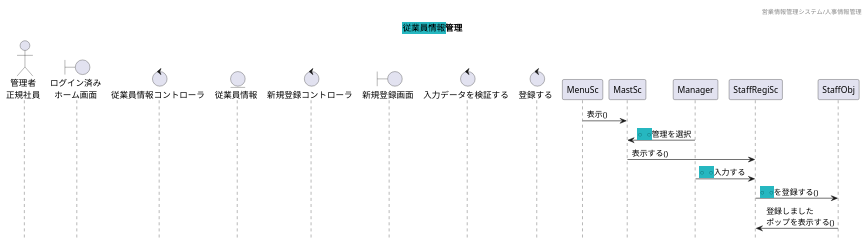
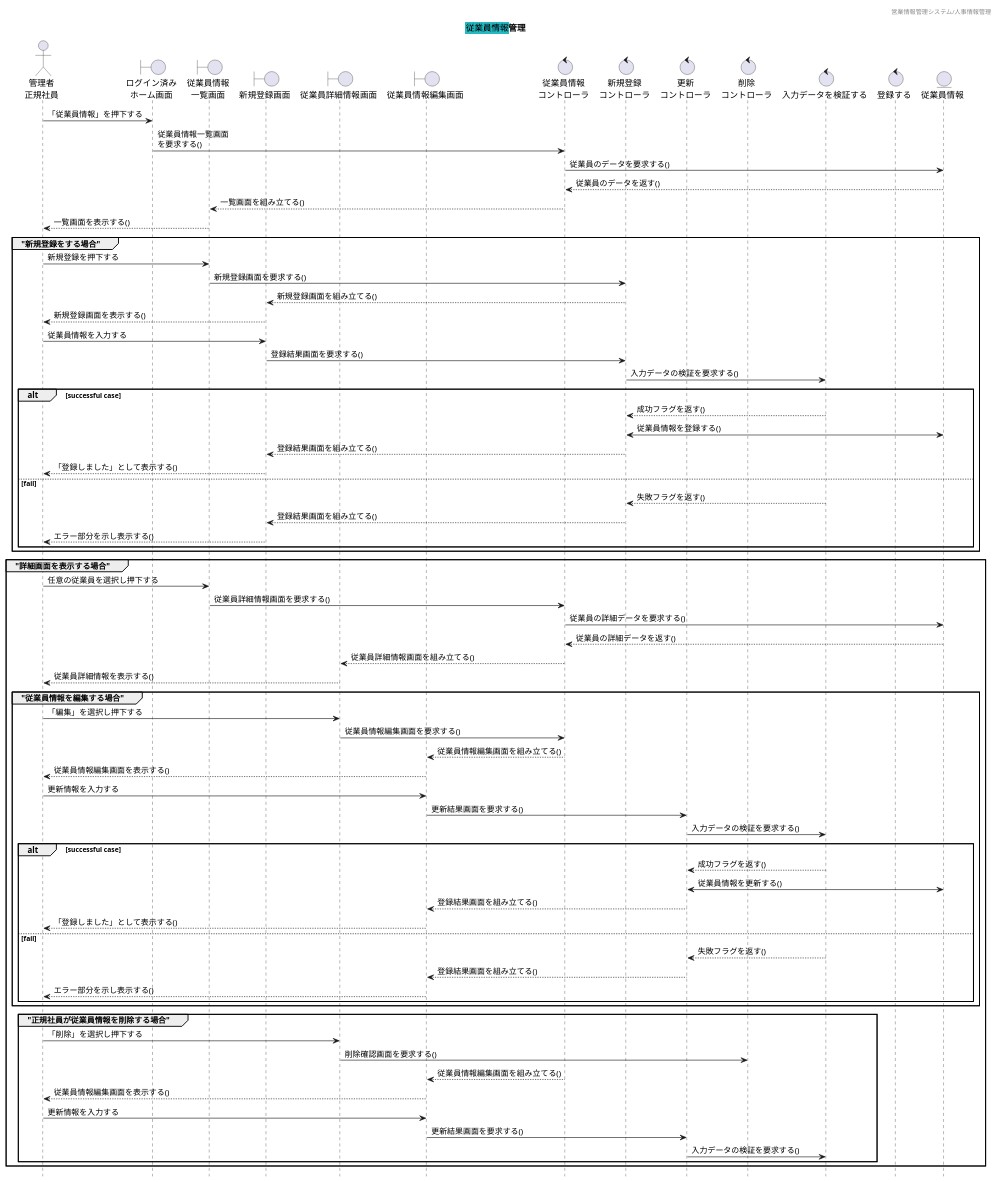
One commit to HaruShim/Sotuken changed the diagram in 各種設計書/4シーケンス図/管理者-人事(1).plantuml. Above: the diagram before and after it, drawn with PlantUML.

```diff
--- a/各種設計書/4シーケンス図/管理者-人事(1).plantuml
+++ b/各種設計書/4シーケンス図/管理者-人事(1).plantuml
@@ -1,36 +1,92 @@
 @startuml シーケンス図
 
 hide footbox
 header 営業情報管理システム/人事情報管理
 title <back:#25b7c0>従業員情報</back>管理
 
-actor "管理者\n正規社員" as Actor
+actor "管理者\n正規社員" as Act
 boundary "ログイン済み\nホーム画面" as HomeSc
-control "従業員情報コントローラ" as Staff
+boundary "従業員情報\n一覧画面" as StaffListSc
+boundary "新規登録画面" as RegiSc
+boundary "従業員詳細情報画面" as StaffSc
+boundary "従業員情報編集画面" as UpdateSc
+control "従業員情報\nコントローラ" as StaffCl
+control "新規登録\nコントローラ" as RegiCl
+control "更新\nコントローラ" as UpdateCl
+control "削除\nコントローラ" as DeleteCl
+control "入力データを検証する" as JudgeCl
+
+control "登録する" as Regi
 entity "従業員情報" as StaffDB
-control "新規登録コントローラ" as RegiCl
-boundary "新規登録画面" as RegiSc
-control "入力データを検証する" as Judge
-control "登録する" as Regi
+
+Act -> HomeSc : 「従業員情報」を押下する
+HomeSc -> StaffCl : 従業員情報一覧画面\nを要求する()
+StaffCl -> StaffDB : 従業員のデータを要求する()
+StaffCl <-- StaffDB : 従業員のデータを返す()
+StaffListSc <-- StaffCl : 一覧画面を組み立てる()
+Act <-- StaffListSc : 一覧画面を表示する()
 
 
+group "新規登録をする場合"
+Act -> StaffListSc : 新規登録を押下する
+StaffListSc -> RegiCl : 新規登録画面を要求する()
+RegiSc <-- RegiCl : 新規登録画面を組み立てる()
+Act <-- RegiSc : 新規登録画面を表示する()
+Act -> RegiSc : 従業員情報を入力する
+RegiSc -> RegiCl : 登録結果画面を要求する()
+RegiCl -> JudgeCl : 入力データの検証を要求する()
+    alt successful case
+        RegiCl <-- JudgeCl : 成功フラグを返す()
+        RegiCl <-> StaffDB : 従業員情報を登録する()
+        RegiSc <-- RegiCl : 登録結果画面を組み立てる()
+        Act <-- RegiSc : 「登録しました」として表示する()
+    else fail
+        RegiCl <-- JudgeCl : 失敗フラグを返す()
+        RegiSc <-- RegiCl : 登録結果画面を組み立てる()
+        Act <-- RegiSc : エラー部分を示し表示する()
+    end
+end
 
 
-MenuSc -> MastSc : 表示()
+group "詳細画面を表示する場合"
+Act -> StaffListSc : 任意の従業員を選択し押下する
+StaffListSc -> StaffCl : 従業員詳細情報画面を要求する()
+StaffCl -> StaffDB : 従業員の詳細データを要求する()
+StaffCl <-- StaffDB : 従業員の詳細データを返す()
+StaffSc <-- StaffCl : 従業員詳細情報画面を組み立てる()
+Act <-- StaffSc : 従業員詳細情報を表示する()
 
-Manager -> MastSc : <back:#25b7c0>○○</back>管理を選択
+    group "従業員情報を編集する場合"
+    Act -> StaffSc : 「編集」を選択し押下する
+    StaffSc -> StaffCl : 従業員情報編集画面を要求する()
+    UpdateSc <-- StaffCl : 従業員情報編集画面を組み立てる()
+    Act <-- UpdateSc : 従業員情報編集画面を表示する()
+    Act -> UpdateSc : 更新情報を入力する
+    UpdateSc -> UpdateCl : 更新結果画面を要求する()
+    UpdateCl -> JudgeCl : 入力データの検証を要求する()
+        alt successful case
+            UpdateCl <-- JudgeCl : 成功フラグを返す()
+            UpdateCl <-> StaffDB : 従業員情報を更新する()
+            UpdateSc <-- UpdateCl : 登録結果画面を組み立てる()
+            Act <-- UpdateSc : 「登録しました」として表示する()
+        else fail
+            UpdateCl <-- JudgeCl : 失敗フラグを返す()
+            UpdateSc <-- UpdateCl : 登録結果画面を組み立てる()
+            Act <-- UpdateSc : エラー部分を示し表示する()
+        end
+    end
+
+    group "正規社員が従業員情報を削除する場合"
+    Act -> StaffSc : 「削除」を選択し押下する
+    StaffSc -> DeleteCl : 削除確認画面を要求する()
+    UpdateSc <-- StaffCl : 従業員情報編集画面を組み立てる()
+    Act <-- UpdateSc : 従業員情報編集画面を表示する()
+    Act -> UpdateSc : 更新情報を入力する
+    UpdateSc -> UpdateCl : 更新結果画面を要求する()
+    UpdateCl -> JudgeCl : 入力データの検証を要求する()
+    end
 
 
-MastSc -> StaffRegiSc : 表示する()
-
-
-
-Manager -> StaffRegiSc : <back:#25b7c0>○○</back>入力する
-
-
-StaffRegiSc -> StaffObj : <back:#25b7c0>○○</back>を登録する()
-
-
-StaffObj -> StaffRegiSc : 登録しました\nポップを表示する()
+end
 
 @enduml
```
